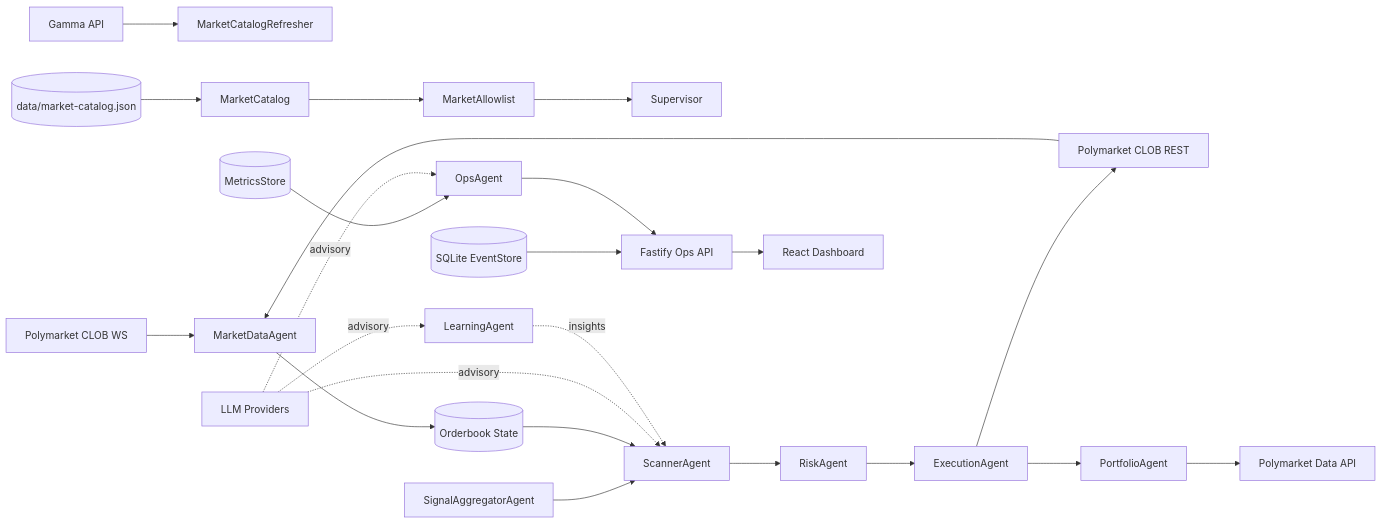
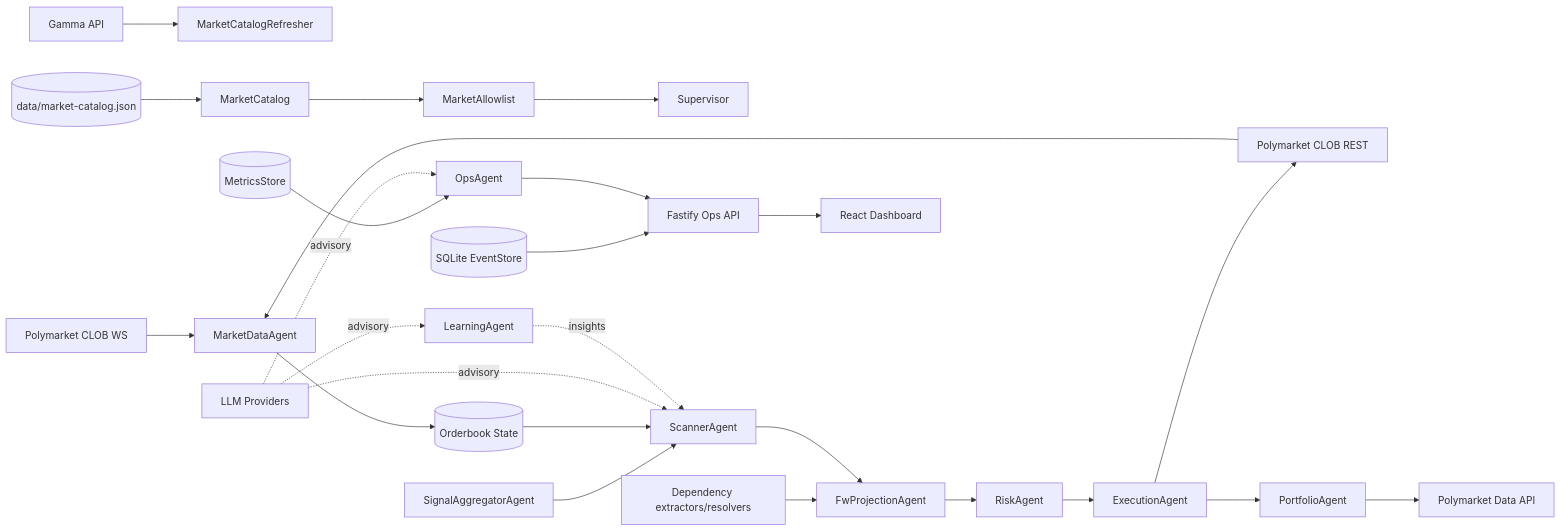
Before and after one commit to freshtechbro/openpolytrader: the first of 2 diagrams in agents.md, drawn with Mermaid. The commit also changed other lines of this file and 26 other files, not shown here.

First line of the commit message:
docs: update architecture, operations, and remediation specs

````diff
--- a/agents.md
+++ b/agents.md
@@ -156,25 +154,26 @@
 ```mermaid
 flowchart LR
   Gamma[Gamma API] --> CatalogRefresher[MarketCatalogRefresher]
   CatalogFile[(data/market-catalog.json)] --> Catalog[MarketCatalog]
   Catalog --> Allowlist[MarketAllowlist]
   Allowlist --> Supervisor
 
   PolymarketWS[Polymarket CLOB WS] --> MarketDataAgent
   PolymarketREST[Polymarket CLOB REST] --> MarketDataAgent
   MarketDataAgent --> Orderbooks[(Orderbook State)]
 
+  DependencyResolvers[Dependency extractors/resolvers] --> FwProjectionAgent
   SignalAggregatorAgent --> ScannerAgent
-  Orderbooks --> ScannerAgent --> RiskAgent --> ExecutionAgent --> PortfolioAgent
+  Orderbooks --> ScannerAgent --> FwProjectionAgent --> RiskAgent --> ExecutionAgent --> PortfolioAgent
   ExecutionAgent --> PolymarketREST
   PortfolioAgent --> DataApi[Polymarket Data API]
 
   EventStore[(SQLite EventStore)] --> OpsApi[Fastify Ops API]
   MetricsStore[(MetricsStore)] --> OpsAgent --> OpsApi
   OpsApi --> Dashboard[React Dashboard]
 
   LLMs[LLM Providers] -. advisory .-> ScannerAgent
   LLMs -. advisory .-> OpsAgent
   LLMs -. advisory .-> LearningAgent
   LearningAgent -. insights .-> ScannerAgent
 ```
````
